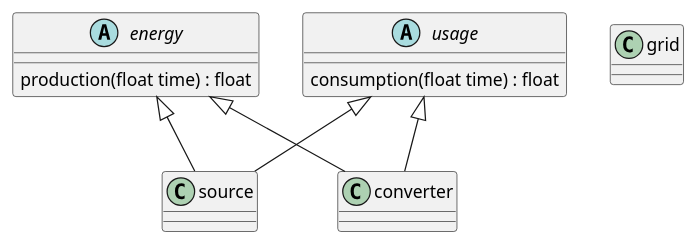
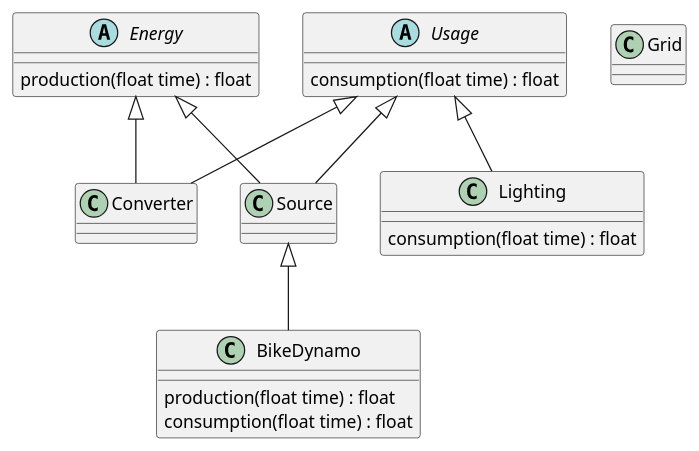
Before and after one commit to cedricbou/shaders: the diagram in doc/transition.wsd, drawn with PlantUML. The commit also changed 2 other files, not shown here.

```diff
--- a/doc/transition.wsd
+++ b/doc/transition.wsd
@@ -1,34 +1,44 @@
 @startuml Transition
 
 /'
  ' Energy is a concept that can be produced.
  '/
-abstract class energy
-energy : production(float time) : float
+abstract class Energy
+Energy : production(float time) : float
 
 /'
  ' Usage of an energy
  '/
-abstract class usage
-usage : consumption(float time) : float
+abstract class Usage
+Usage : consumption(float time) : float
 
 
 /'
  ' Primary energy sources : easy to exploit, like petrol, coal, gas, burning wood.
  ' Straight forward transformation of the source to energy by burning, low tech for conversion.
  '/
-class source extends energy, usage
+class Source extends Energy, Usage
+
+class BikeDynamo extends Source
+BikeDynamo : production(float time) : float
+BikeDynamo : consumption(float time) : float
 
 /'
  ' Secondary energy source : transform something into electricity but with a device that needs to be build.
  ' More complex transformation of the source to energy by using a device, high tech for conversion.
  '/
-class converter extends energy, usage
+class Converter extends Energy, Usage
+
+/'
+ ' Lighting is a usage of energy
+ '/
+class Lighting extends Usage
+Lighting : consumption(float time) : float
 
 
 /'
  ' A grid receives converge source of energies and make it availabe for usages
  '/
-class grid
+class Grid
 
 @enduml
```
